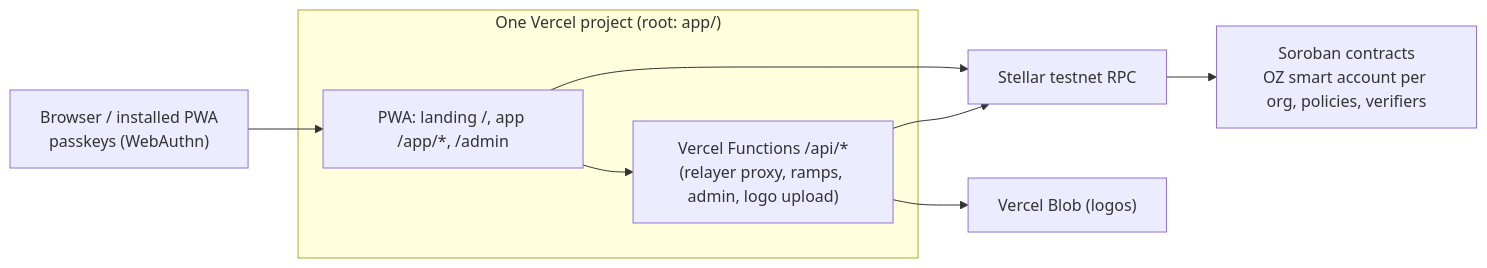
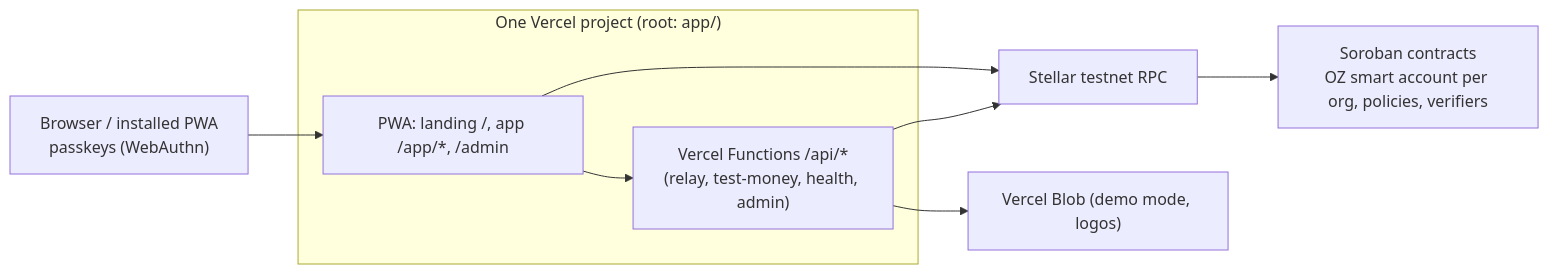
Before and after one commit to raglibol-re/ancora: the diagram in docs/ARCHITECTURE.md, drawn with Mermaid. The commit also changed other lines of this file and 42 other files, not shown here.

First line of the commit message:
feat(admin): demo admin with site-wide demo mode, automatic fallback and health panel

````diff
--- a/docs/ARCHITECTURE.md
+++ b/docs/ARCHITECTURE.md
@@ -7,13 +7,13 @@
 ```mermaid
 flowchart LR
   subgraph Vercel["One Vercel project (root: app/)"]
     SPA["PWA: landing /, app /app/*, /admin"]
-    API["Vercel Functions /api/*<br/>(relayer proxy, ramps, admin, logo upload)"]
+    API["Vercel Functions /api/*<br/>(relay, test-money, health, admin)"]
   end
   Browser["Browser / installed PWA<br/>passkeys (WebAuthn)"] --> SPA
   SPA --> API
   SPA --> RPC["Stellar testnet RPC"]
   API --> RPC
-  API --> Blob["Vercel Blob (logos)"]
+  API --> Blob["Vercel Blob (demo mode, logos)"]
   RPC --> Contracts["Soroban contracts<br/>OZ smart account per org, policies, verifiers"]
 ```
````
